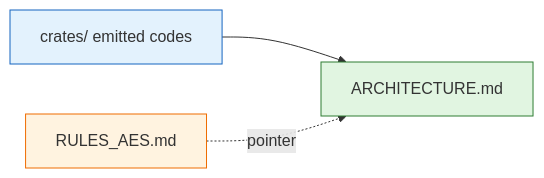
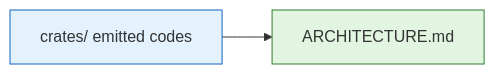
The second of 2 diagrams in ARCHITECTURE.md (rakaarwaky/lint-arwaky), drawn with Mermaid before and after one commit. The commit also changed other lines of this file and 12 other files, not shown here.

Commit message:
docs: delete RULES_AES.md, single-source rules in ARCHITECTURE.md (#1200)

````diff
--- a/ARCHITECTURE.md
+++ b/ARCHITECTURE.md
@@ -1303,11 +1346,8 @@
 ```mermaid
 graph LR
-    RA[RULES_AES.md]:::legacy
+    EMIT[crates/ emitted codes]:::source
     ARCH[ARCHITECTURE.md]:::authoritative
-    EMIT[crates/ emitted codes]:::source
     EMIT --> ARCH
-    RA -.pointer.-> ARCH
-    classDef legacy fill:#fff3e0,stroke:#ef6c00
     classDef authoritative fill:#e1f5e1,stroke:#2e7d32
     classDef source fill:#e3f2fd,stroke:#1565c0
 ```
````
